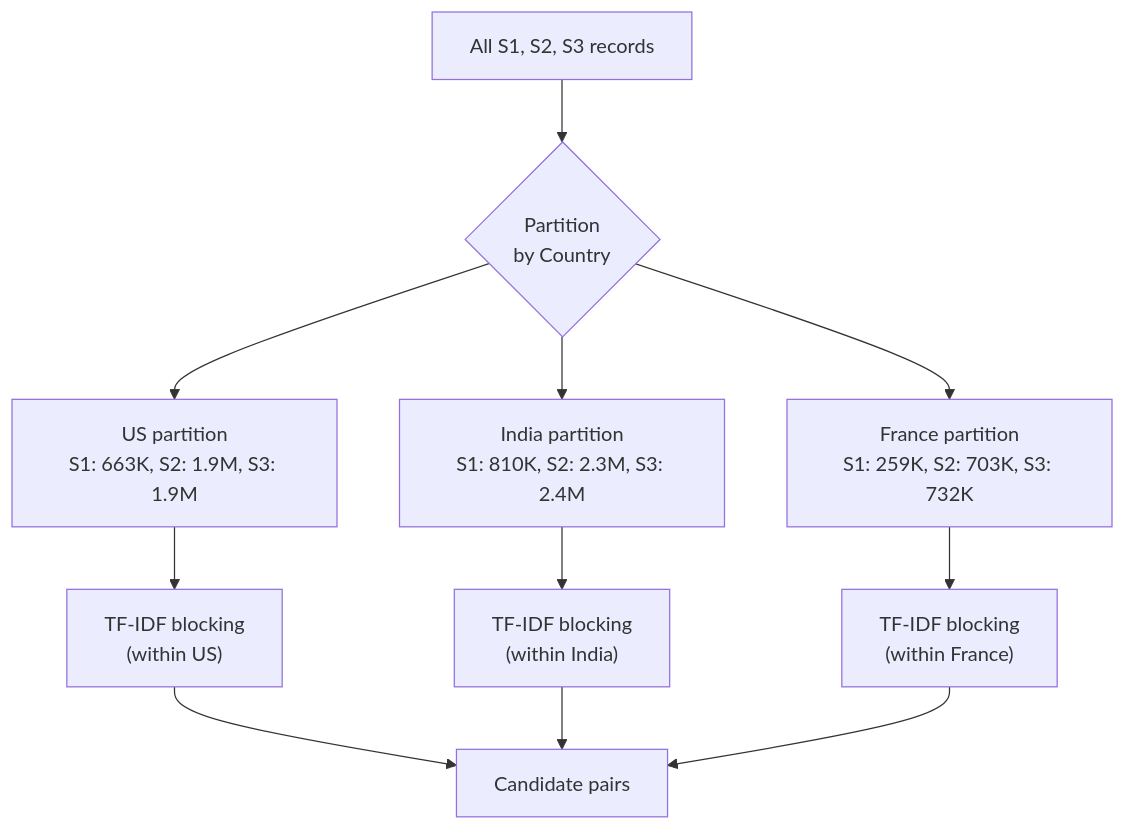
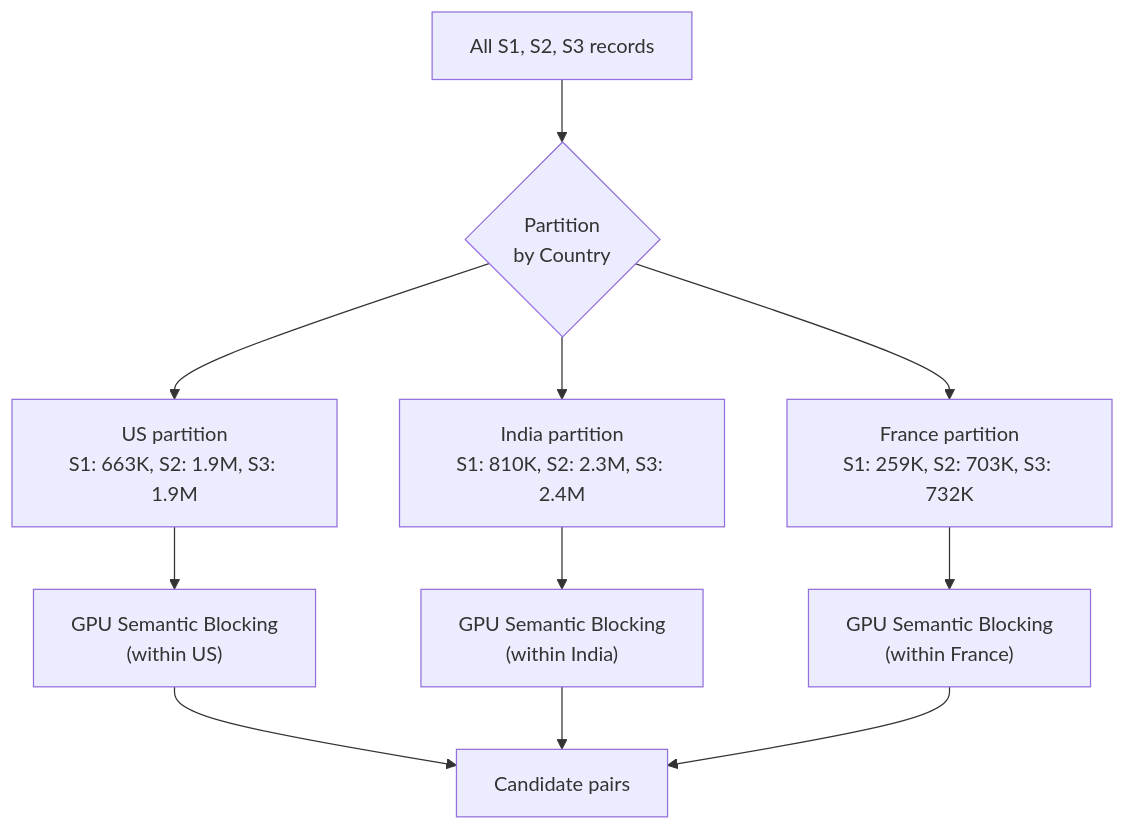
One commit to attharvkjain/amazon-ml-challenge-2026 changed the second of 3 diagrams in context/architecture.md. Above: the diagram before and after it, drawn with Mermaid. The commit also changed other lines of this file and 36 other files, not shown here.

Commit message:
V4 Pure Ensemble Architecture: Bypassed Reranker for 0.8878 CV. Rewrote Threshold Tuner. Upgraded Caching.

````diff
--- a/context/architecture.md
+++ b/context/architecture.md
@@ -210,13 +211,13 @@
 ```mermaid
 flowchart TD
     A["All S1, S2, S3 records"] --> B{"Partition\nby Country"}
     B --> C["US partition\nS1: 663K, S2: 1.9M, S3: 1.9M"]
     B --> D["India partition\nS1: 810K, S2: 2.3M, S3: 2.4M"]
     B --> E["France partition\nS1: 259K, S2: 703K, S3: 732K"]
-    C --> F["TF-IDF blocking\n(within US)"]
-    D --> G["TF-IDF blocking\n(within India)"]
-    E --> H["TF-IDF blocking\n(within France)"]
+    C --> F["GPU Semantic Blocking\n(within US)"]
+    D --> G["GPU Semantic Blocking\n(within India)"]
+    E --> H["GPU Semantic Blocking\n(within France)"]
     F --> I["Candidate pairs"]
     G --> I
     H --> I
 ```
````
